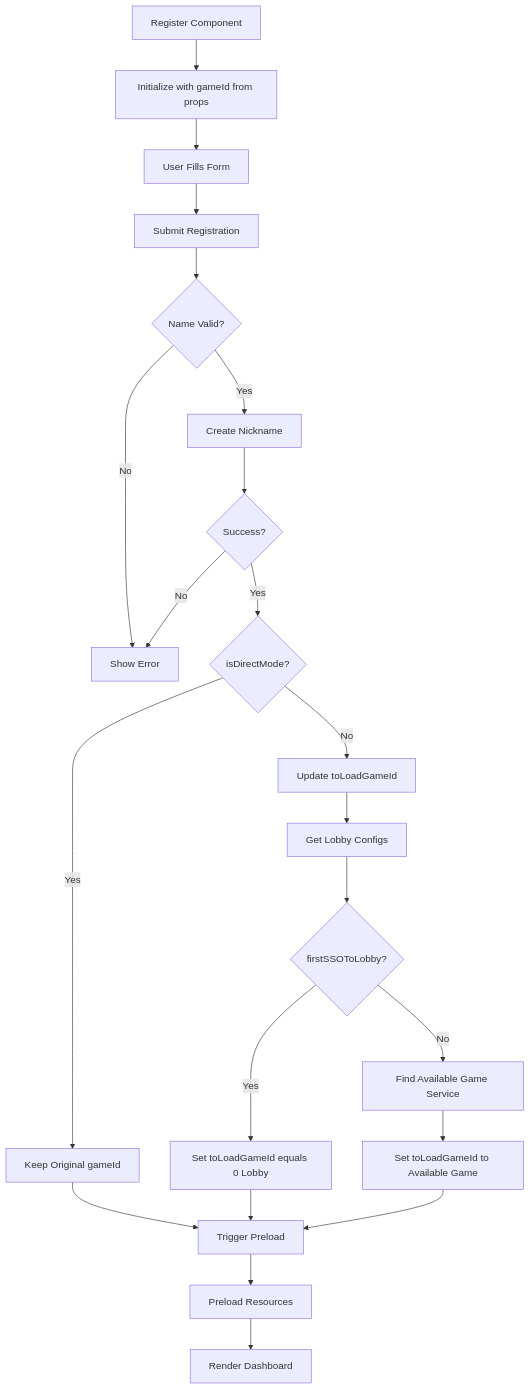
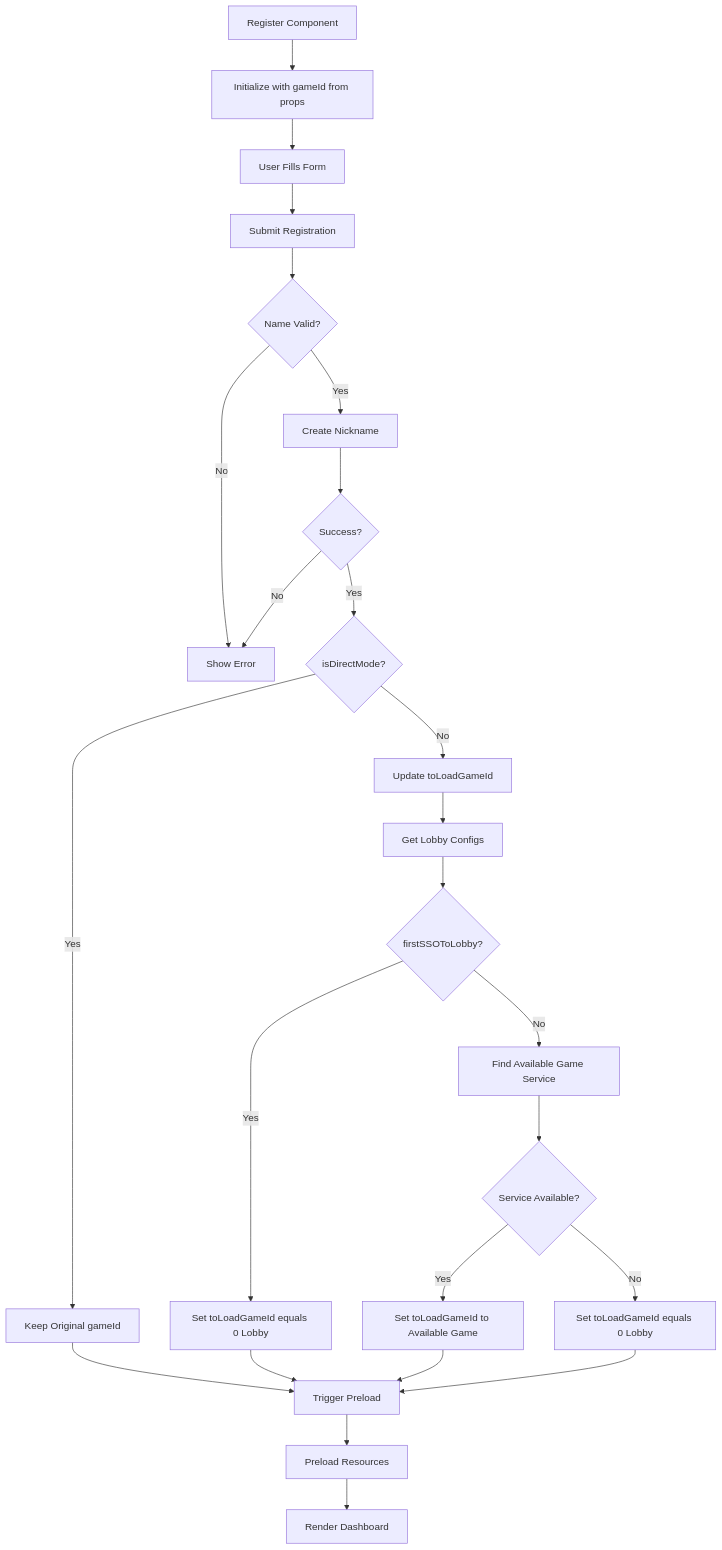
Before and after one commit to starixvn/l1_game-clients_number-games_gn-game-client: the third of 6 diagrams in docs/URL_Context_Analysis.md, drawn with Mermaid. The commit also changed other lines of this file and 7 other files, not shown here.

Commit message:
fix: Call updateStatePreloadResource when lobby configs are successfully loaded

````diff
--- a/docs/URL_Context_Analysis.md
+++ b/docs/URL_Context_Analysis.md
@@ -140,29 +140,33 @@
 ```mermaid
 flowchart TD
     A3[Register Component] --> B3[Initialize with gameId from props]
     B3 --> C3[User Fills Form]
     C3 --> D3[Submit Registration]
     D3 --> E3{Name Valid?}
     E3 -->|No| F3[Show Error]
     E3 -->|Yes| G3[Create Nickname]
 
     G3 --> H3{Success?}
     H3 -->|No| F3
     H3 -->|Yes| I3{isDirectMode?}
 
     I3 -->|Yes| J3[Keep Original gameId]
     I3 -->|No| K3[Update toLoadGameId]
 
     K3 --> L3[Get Lobby Configs]
     L3 --> M3{firstSSOToLobby?}
     M3 -->|Yes| N3[Set toLoadGameId equals 0 Lobby]
     M3 -->|No| O3[Find Available Game Service]
 
-    O3 --> P3[Set toLoadGameId to Available Game]
-    J3 --> Q3[Trigger Preload]
-    N3 --> Q3
-    P3 --> Q3
+    O3 --> P3{Service Available?}
+    P3 -->|Yes| Q3[Set toLoadGameId to Available Game]
+    P3 -->|No| R3[Set toLoadGameId equals 0 Lobby]
 
-    Q3 --> R3[Preload Resources]
-    R3 --> S3[Render Dashboard]
+    J3 --> S3[Trigger Preload]
+    N3 --> S3
+    Q3 --> S3
+    R3 --> S3
+
+    S3 --> T3[Preload Resources]
+    T3 --> U3[Render Dashboard]
 ```
````
